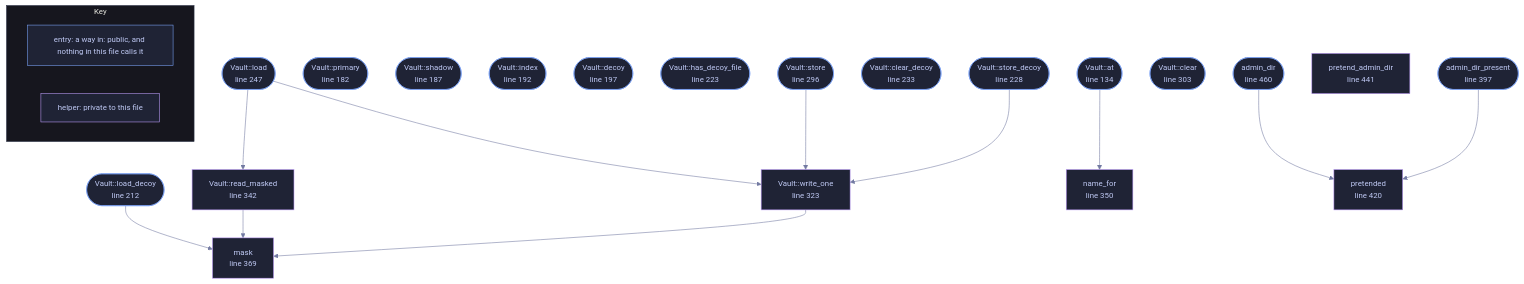
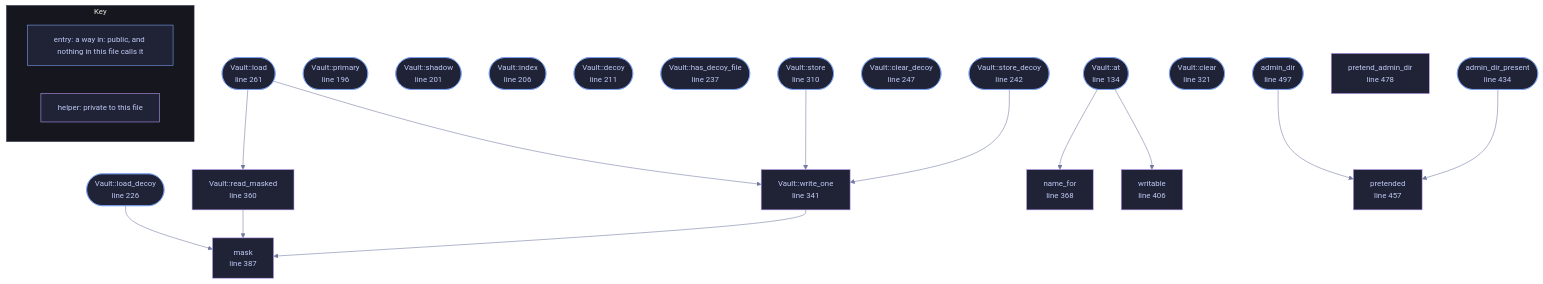
The diagram in docs/files/veilvoice-crypto/vault.md (tilas01/veilvoice), drawn with Mermaid before and after one commit. The commit also changed other lines of this file and 514 other files, not shown here.

````diff
--- a/docs/files/veilvoice-crypto/vault.md
+++ b/docs/files/veilvoice-crypto/vault.md
@@ -129,65 +129,68 @@
 ```mermaid
 %%{init: {"theme":"base","themeVariables":{"background":"#1a1b26","primaryColor":"#1f2335","primaryTextColor":"#c0caf5","primaryBorderColor":"#7aa2f7","secondaryColor":"#16161e","tertiaryColor":"#16161e","lineColor":"#737aa2","textColor":"#c0caf5","mainBkg":"#1f2335","nodeBorder":"#7aa2f7","clusterBkg":"#16161e","clusterBorder":"#2f3549","fontFamily":"ui-monospace, SFMono-Regular, Consolas, monospace","fontSize":"14px"}}}%%
 flowchart TD
     n_at(["Vault::at<br/>line 134"])
-    n_primary(["Vault::primary<br/>line 182"])
-    n_shadow(["Vault::shadow<br/>line 187"])
-    n_index(["Vault::index<br/>line 192"])
-    n_decoy(["Vault::decoy<br/>line 197"])
-    n_load_decoy(["Vault::load_decoy<br/>line 212"])
-    n_has_decoy_file(["Vault::has_decoy_file<br/>line 223"])
-    n_store_decoy(["Vault::store_decoy<br/>line 228"])
-    n_clear_decoy(["Vault::clear_decoy<br/>line 233"])
-    n_load(["Vault::load<br/>line 247"])
-    n_store(["Vault::store<br/>line 296"])
-    n_clear(["Vault::clear<br/>line 303"])
-    n_write_one["Vault::write_one<br/>line 323"]
-    n_read_masked["Vault::read_masked<br/>line 342"]
-    n_name_for["name_for<br/>line 350"]
-    n_mask["mask<br/>line 369"]
-    n_admin_dir_present(["admin_dir_present<br/>line 397"])
-    n_pretended["pretended<br/>line 420"]
-    n_pretend_admin_dir["pretend_admin_dir<br/>line 441"]
-    n_admin_dir(["admin_dir<br/>line 460"])
+    n_primary(["Vault::primary<br/>line 196"])
+    n_shadow(["Vault::shadow<br/>line 201"])
+    n_index(["Vault::index<br/>line 206"])
+    n_decoy(["Vault::decoy<br/>line 211"])
+    n_load_decoy(["Vault::load_decoy<br/>line 226"])
+    n_has_decoy_file(["Vault::has_decoy_file<br/>line 237"])
+    n_store_decoy(["Vault::store_decoy<br/>line 242"])
+    n_clear_decoy(["Vault::clear_decoy<br/>line 247"])
+    n_load(["Vault::load<br/>line 261"])
+    n_store(["Vault::store<br/>line 310"])
+    n_clear(["Vault::clear<br/>line 321"])
+    n_write_one["Vault::write_one<br/>line 341"]
+    n_read_masked["Vault::read_masked<br/>line 360"]
+    n_name_for["name_for<br/>line 368"]
+    n_mask["mask<br/>line 387"]
+    n_writable["writable<br/>line 406"]
+    n_admin_dir_present(["admin_dir_present<br/>line 434"])
+    n_pretended["pretended<br/>line 457"]
+    n_pretend_admin_dir["pretend_admin_dir<br/>line 478"]
+    n_admin_dir(["admin_dir<br/>line 497"])
     n_admin_dir --> n_pretended
     n_admin_dir_present --> n_pretended
     n_at --> n_name_for
+    n_at --> n_writable
     n_load --> n_read_masked
     n_load --> n_write_one
     n_load_decoy --> n_mask
     n_read_masked --> n_mask
     n_store --> n_write_one
     n_store_decoy --> n_write_one
     n_write_one --> n_mask
     click n_at href "https://github.com/tilas01/veilvoice/blob/main/crates/veilvoice-crypto/src/vault.rs#L134" "open the source"
-    click n_primary href "https://github.com/tilas01/veilvoice/blob/main/crates/veilvoice-crypto/src/vault.rs#L182" "open the source"
-    click n_shadow href "https://github.com/tilas01/veilvoice/blob/main/crates/veilvoice-crypto/src/vault.rs#L187" "open the source"
-    click n_index href "https://github.com/tilas01/veilvoice/blob/main/crates/veilvoice-crypto/src/vault.rs#L192" "open the source"
-    click n_decoy href "https://github.com/tilas01/veilvoice/blob/main/crates/veilvoice-crypto/src/vault.rs#L197" "open the source"
-    click n_load_decoy href "https://github.com/tilas01/veilvoice/blob/main/crates/veilvoice-crypto/src/vault.rs#L212" "open the source"
-    click n_has_decoy_file href "https://github.com/tilas01/veilvoice/blob/main/crates/veilvoice-crypto/src/vault.rs#L223" "open the source"
-    click n_store_decoy href "https://github.com/tilas01/veilvoice/blob/main/crates/veilvoice-crypto/src/vault.rs#L228" "open the source"
-    click n_clear_decoy href "https://github.com/tilas01/veilvoice/blob/main/crates/veilvoice-crypto/src/vault.rs#L233" "open the source"
-    click n_load href "https://github.com/tilas01/veilvoice/blob/main/crates/veilvoice-crypto/src/vault.rs#L247" "open the source"
-    click n_store href "https://github.com/tilas01/veilvoice/blob/main/crates/veilvoice-crypto/src/vault.rs#L296" "open the source"
-    click n_clear href "https://github.com/tilas01/veilvoice/blob/main/crates/veilvoice-crypto/src/vault.rs#L303" "open the source"
-    click n_write_one href "https://github.com/tilas01/veilvoice/blob/main/crates/veilvoice-crypto/src/vault.rs#L323" "open the source"
-    click n_read_masked href "https://github.com/tilas01/veilvoice/blob/main/crates/veilvoice-crypto/src/vault.rs#L342" "open the source"
-    click n_name_for href "https://github.com/tilas01/veilvoice/blob/main/crates/veilvoice-crypto/src/vault.rs#L350" "open the source"
-    click n_mask href "https://github.com/tilas01/veilvoice/blob/main/crates/veilvoice-crypto/src/vault.rs#L369" "open the source"
-    click n_admin_dir_present href "https://github.com/tilas01/veilvoice/blob/main/crates/veilvoice-crypto/src/vault.rs#L397" "open the source"
-    click n_pretended href "https://github.com/tilas01/veilvoice/blob/main/crates/veilvoice-crypto/src/vault.rs#L420" "open the source"
-    click n_pretend_admin_dir href "https://github.com/tilas01/veilvoice/blob/main/crates/veilvoice-crypto/src/vault.rs#L441" "open the source"
-    click n_admin_dir href "https://github.com/tilas01/veilvoice/blob/main/crates/veilvoice-crypto/src/vault.rs#L460" "open the source"
+    click n_primary href "https://github.com/tilas01/veilvoice/blob/main/crates/veilvoice-crypto/src/vault.rs#L196" "open the source"
+    click n_shadow href "https://github.com/tilas01/veilvoice/blob/main/crates/veilvoice-crypto/src/vault.rs#L201" "open the source"
+    click n_index href "https://github.com/tilas01/veilvoice/blob/main/crates/veilvoice-crypto/src/vault.rs#L206" "open the source"
+    click n_decoy href "https://github.com/tilas01/veilvoice/blob/main/crates/veilvoice-crypto/src/vault.rs#L211" "open the source"
+    click n_load_decoy href "https://github.com/tilas01/veilvoice/blob/main/crates/veilvoice-crypto/src/vault.rs#L226" "open the source"
+    click n_has_decoy_file href "https://github.com/tilas01/veilvoice/blob/main/crates/veilvoice-crypto/src/vault.rs#L237" "open the source"
+    click n_store_decoy href "https://github.com/tilas01/veilvoice/blob/main/crates/veilvoice-crypto/src/vault.rs#L242" "open the source"
+    click n_clear_decoy href "https://github.com/tilas01/veilvoice/blob/main/crates/veilvoice-crypto/src/vault.rs#L247" "open the source"
+    click n_load href "https://github.com/tilas01/veilvoice/blob/main/crates/veilvoice-crypto/src/vault.rs#L261" "open the source"
+    click n_store href "https://github.com/tilas01/veilvoice/blob/main/crates/veilvoice-crypto/src/vault.rs#L310" "open the source"
+    click n_clear href "https://github.com/tilas01/veilvoice/blob/main/crates/veilvoice-crypto/src/vault.rs#L321" "open the source"
+    click n_write_one href "https://github.com/tilas01/veilvoice/blob/main/crates/veilvoice-crypto/src/vault.rs#L341" "open the source"
+    click n_read_masked href "https://github.com/tilas01/veilvoice/blob/main/crates/veilvoice-crypto/src/vault.rs#L360" "open the source"
+    click n_name_for href "https://github.com/tilas01/veilvoice/blob/main/crates/veilvoice-crypto/src/vault.rs#L368" "open the source"
+    click n_mask href "https://github.com/tilas01/veilvoice/blob/main/crates/veilvoice-crypto/src/vault.rs#L387" "open the source"
+    click n_writable href "https://github.com/tilas01/veilvoice/blob/main/crates/veilvoice-crypto/src/vault.rs#L406" "open the source"
+    click n_admin_dir_present href "https://github.com/tilas01/veilvoice/blob/main/crates/veilvoice-crypto/src/vault.rs#L434" "open the source"
+    click n_pretended href "https://github.com/tilas01/veilvoice/blob/main/crates/veilvoice-crypto/src/vault.rs#L457" "open the source"
+    click n_pretend_admin_dir href "https://github.com/tilas01/veilvoice/blob/main/crates/veilvoice-crypto/src/vault.rs#L478" "open the source"
+    click n_admin_dir href "https://github.com/tilas01/veilvoice/blob/main/crates/veilvoice-crypto/src/vault.rs#L497" "open the source"
     classDef entry fill:#1f2335,stroke:#7aa2f7,color:#c0caf5
     class n_at,n_primary,n_shadow,n_index,n_decoy,n_load_decoy,n_has_decoy_file,n_store_decoy,n_clear_decoy,n_load,n_store,n_clear,n_admin_dir_present,n_admin_dir entry
     classDef helper fill:#1f2335,stroke:#bb9af7,color:#c0caf5
-    class n_write_one,n_read_masked,n_name_for,n_mask,n_pretended,n_pretend_admin_dir helper
+    class n_write_one,n_read_masked,n_name_for,n_mask,n_writable,n_pretended,n_pretend_admin_dir helper
     subgraph chart_key ["Key"]
         direction LR
         key_entry["entry: a way in: public, and nothing in this file calls it"]
         key_helper["helper: private to this file"]
     end
     class key_entry entry
     class key_helper helper
 ```
````
